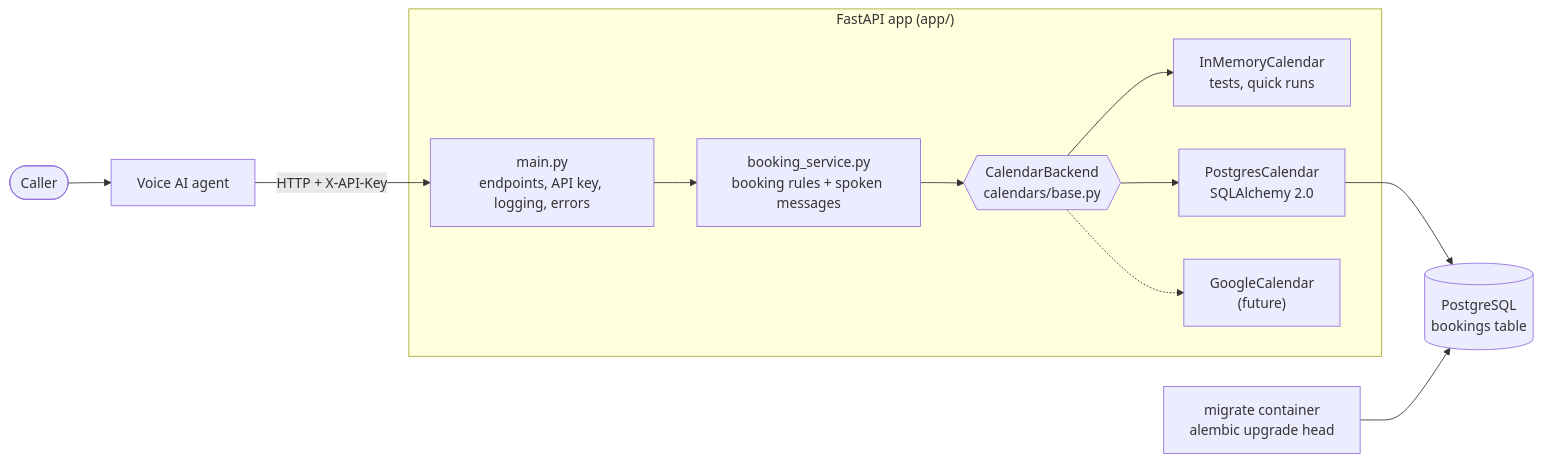
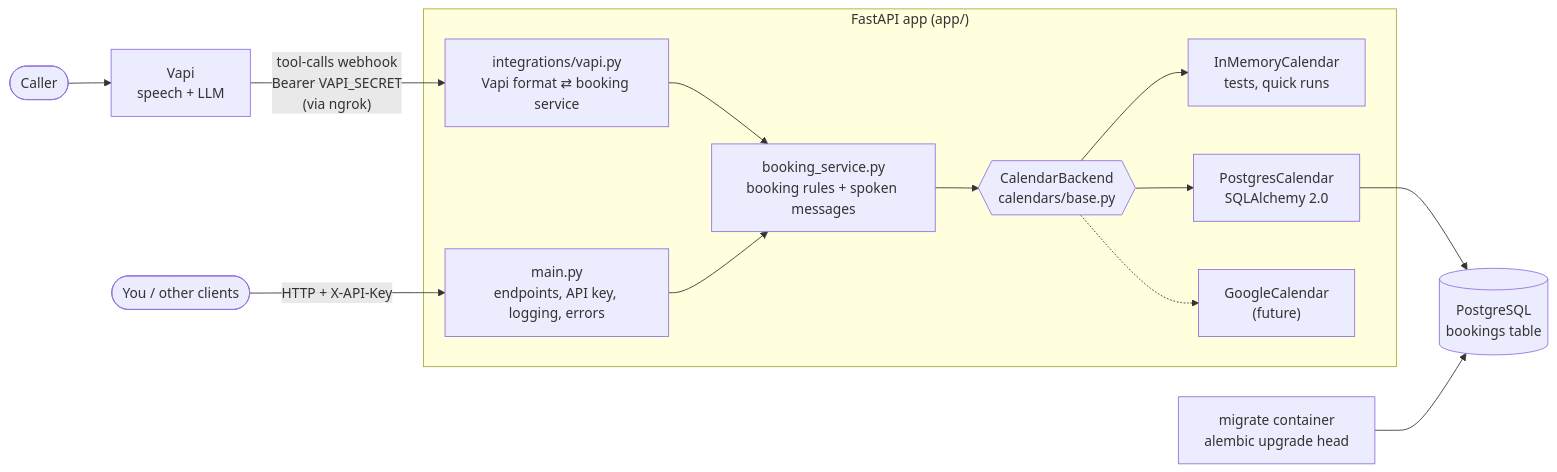
Before and after one commit to Marinst9/voice-booking: the diagram in README.md, drawn with Mermaid. The commit also changed other lines of this file and 18 other files, not shown here.

First line of the commit message:
Add Vapi voice assistant integration

````diff
--- a/README.md
+++ b/README.md
@@ -26,16 +28,18 @@
 ```mermaid
 flowchart LR
-    caller([Caller]) --> agent[Voice AI agent]
-    agent -- "HTTP + X-API-Key" --> api
+    caller([Caller]) --> vapicloud["Vapi<br/>speech + LLM"]
+    vapicloud -- "tool-calls webhook<br/>Bearer VAPI_SECRET<br/>(via ngrok)" --> adapter
+    owner([You / other clients]) -- "HTTP + X-API-Key" --> api
 
     subgraph app ["FastAPI app (app/)"]
+        adapter["integrations/vapi.py<br/>Vapi format ⇄ booking service"] --> svc
         api["main.py<br/>endpoints, API key, logging, errors"] --> svc["booking_service.py<br/>booking rules + spoken messages"]
         svc --> contract{{"CalendarBackend<br/>calendars/base.py"}}
         contract --> mem["InMemoryCalendar<br/>tests, quick runs"]
         contract --> pg["PostgresCalendar<br/>SQLAlchemy 2.0"]
         contract -.-> gcal["GoogleCalendar<br/>(future)"]
     end
 
     pg --> db[("PostgreSQL<br/>bookings table")]
     migrate["migrate container<br/>alembic upgrade head"] --> db
 ```
````
